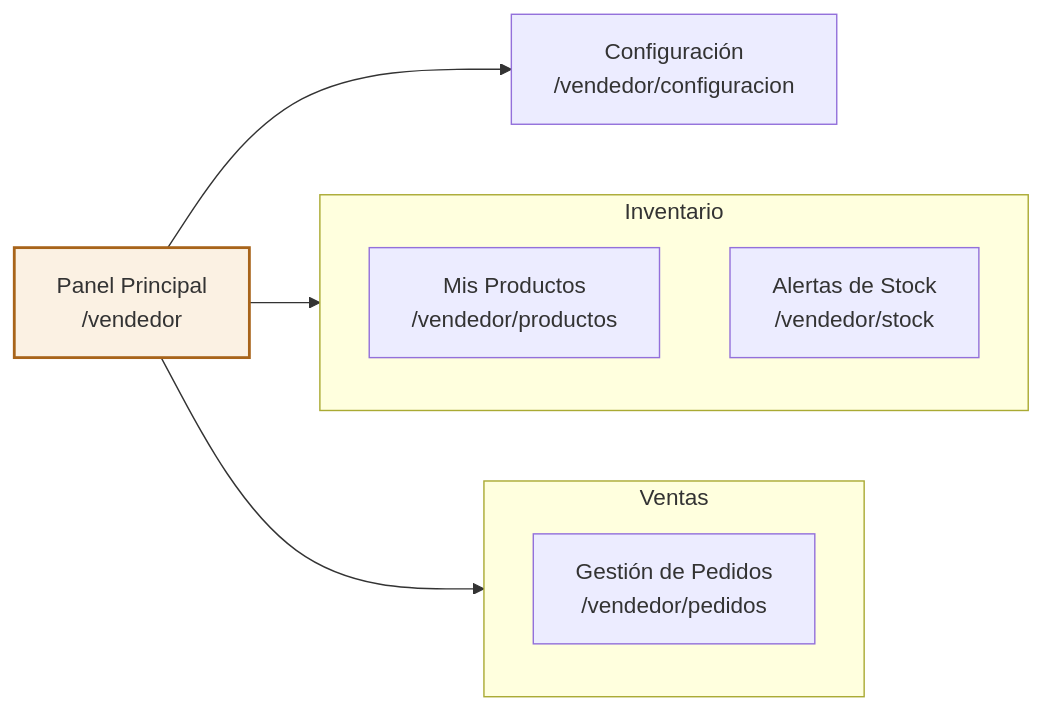
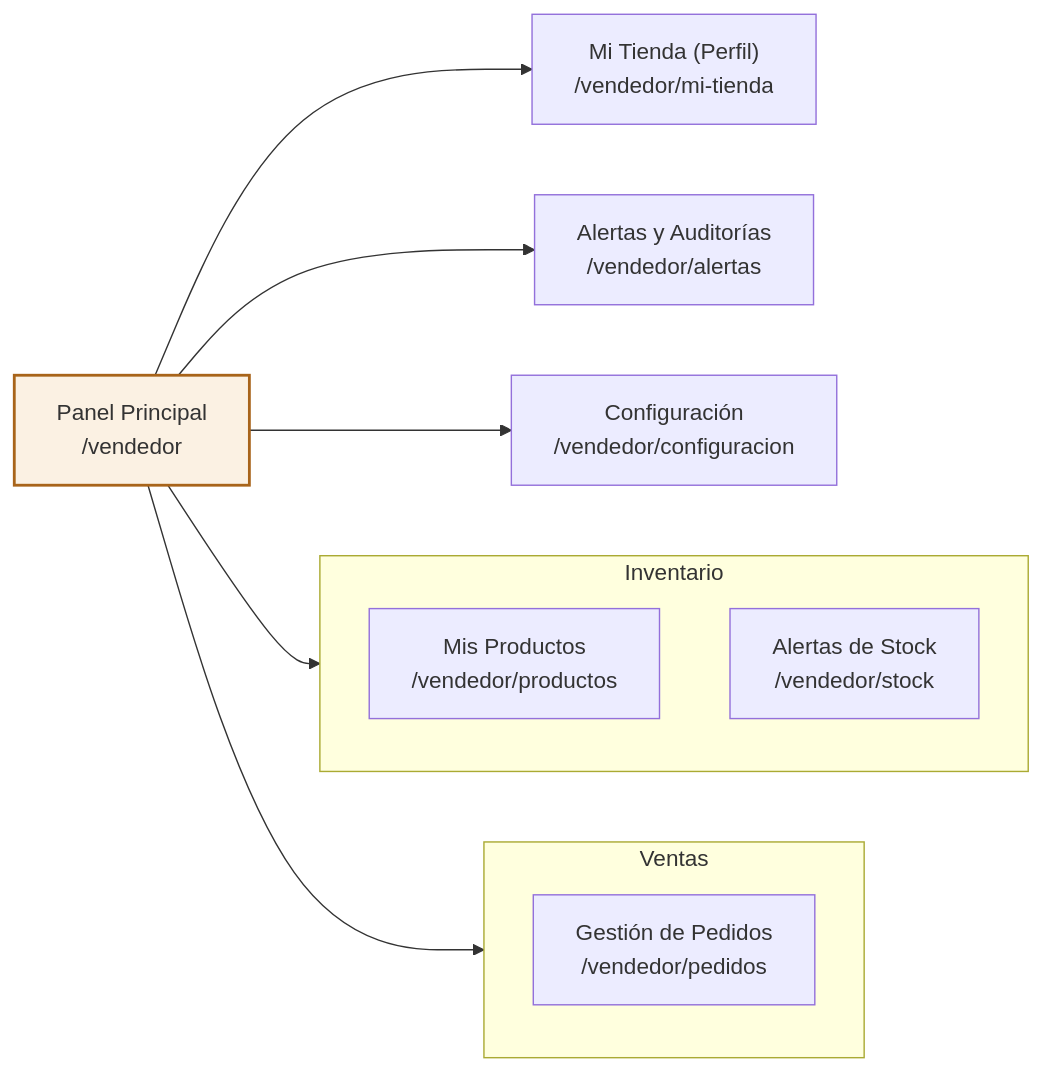
Before and after one commit to Jhonmoreno000/PROYECTO-SENA-TIENDA-TEXTIL-: the third of 4 diagrams in documentacion/09-mapa-de-navegacion.md, drawn with Mermaid. The commit also changed other lines of this file and 6 other files, not shown here.

````diff
--- a/documentacion/09-mapa-de-navegacion.md
+++ b/documentacion/09-mapa-de-navegacion.md
@@ -96,16 +101,20 @@
 ```mermaid
 flowchart LR
     r_vendedor["Panel Principal<br/>/vendedor"]
+    r_vendedor_tienda["Mi Tienda (Perfil)<br/>/vendedor/mi-tienda"]
+    r_vendedor_alertas["Alertas y Auditorías<br/>/vendedor/alertas"]
     subgraph VENDEDOR_1["Inventario"]
         r_vendedor_productos["Mis Productos<br/>/vendedor/productos"]
         r_vendedor_stock["Alertas de Stock<br/>/vendedor/stock"]
     end
+    r_vendedor --> r_vendedor_tienda
+    r_vendedor --> r_vendedor_alertas
     r_vendedor --> VENDEDOR_1
     subgraph VENDEDOR_2["Ventas"]
         r_vendedor_pedidos["Gestión de Pedidos<br/>/vendedor/pedidos"]
     end
     r_vendedor --> VENDEDOR_2
     r_vendedor_configuracion["Configuración<br/>/vendedor/configuracion"]
     r_vendedor --> r_vendedor_configuracion
     style r_vendedor fill:#FBF1E3,stroke:#A8641A,stroke-width:2px
 ```
````
